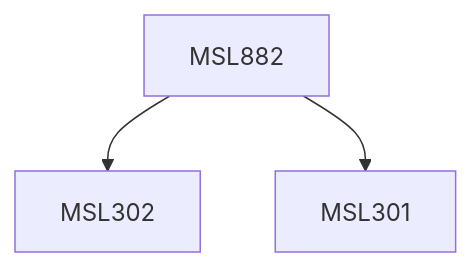
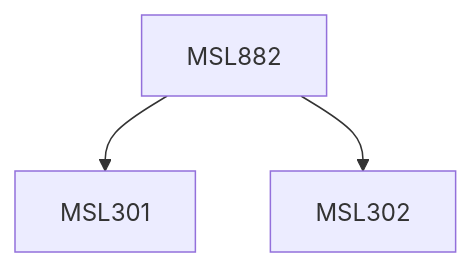
Before and after one commit to KeshavBansal0122/CoS_Website: the diagram in content/Management Studies/MSL882.md, drawn with Mermaid. The commit also changed other lines of this file and 392 other files, not shown here.

````diff
--- a/content/Management Studies/MSL882.md
+++ b/content/Management Studies/MSL882.md
@@ -13,9 +13,9 @@
 ```mermaid
 flowchart TD
 MSL882-590[MSL882]
+MSL882-590 --> MSL301-590[MSL301]
 MSL882-590 --> MSL302-590[MSL302]
-MSL882-590 --> MSL301-590[MSL301]
 
 classDef empty height:17px, fill:transparent, stroke:transparent;
 classDef trueEmpty height:0px, width:0px;
 ```
````
